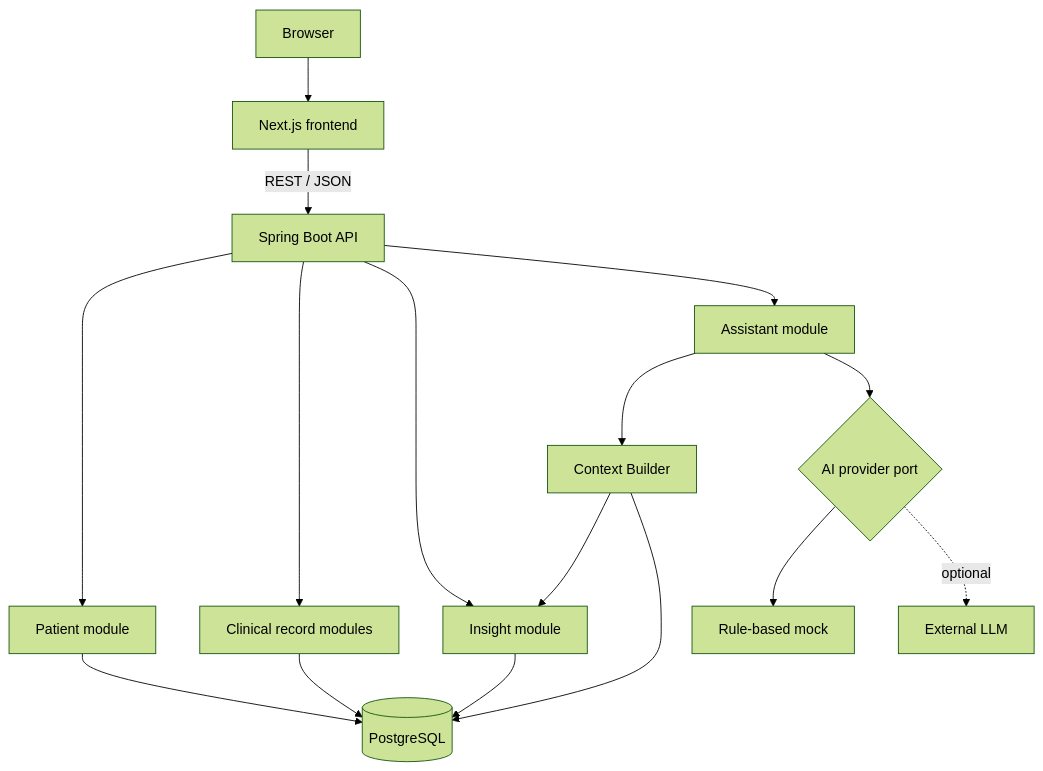
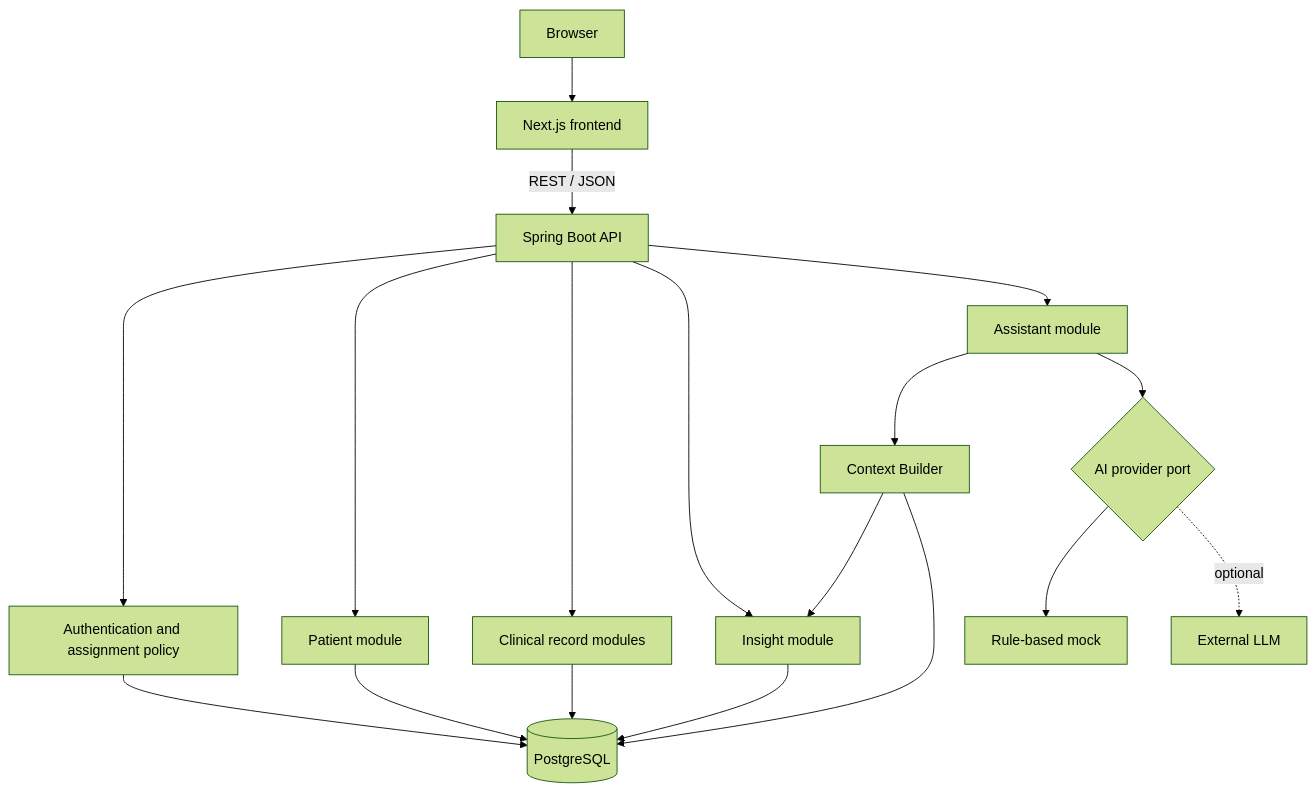
The second of 4 diagrams in docs/architecture.md (myagmb28Dev/Patienty), drawn with Mermaid (forest theme) before and after one commit. The commit also changed other lines of this file and 106 other files, not shown here.

````diff
--- a/docs/architecture.md
+++ b/docs/architecture.md
@@ -123,18 +140,20 @@
 ```mermaid
 flowchart TB
     Browser[Browser] --> Web[Next.js frontend]
     Web -->|REST / JSON| API[Spring Boot API]
+    API --> Auth[Authentication and assignment policy]
     API --> Patient[Patient module]
     API --> Clinical[Clinical record modules]
     API --> Insights[Insight module]
     API --> Assistant[Assistant module]
+    Auth --> DB[(PostgreSQL)]
     Patient --> DB[(PostgreSQL)]
     Clinical --> DB
     Insights --> DB
     Assistant --> Context[Context Builder]
     Context --> Insights
     Context --> DB
     Assistant --> Provider{AI provider port}
     Provider --> Mock[Rule-based mock]
     Provider -. optional .-> LLM[External LLM]
 ```
````
